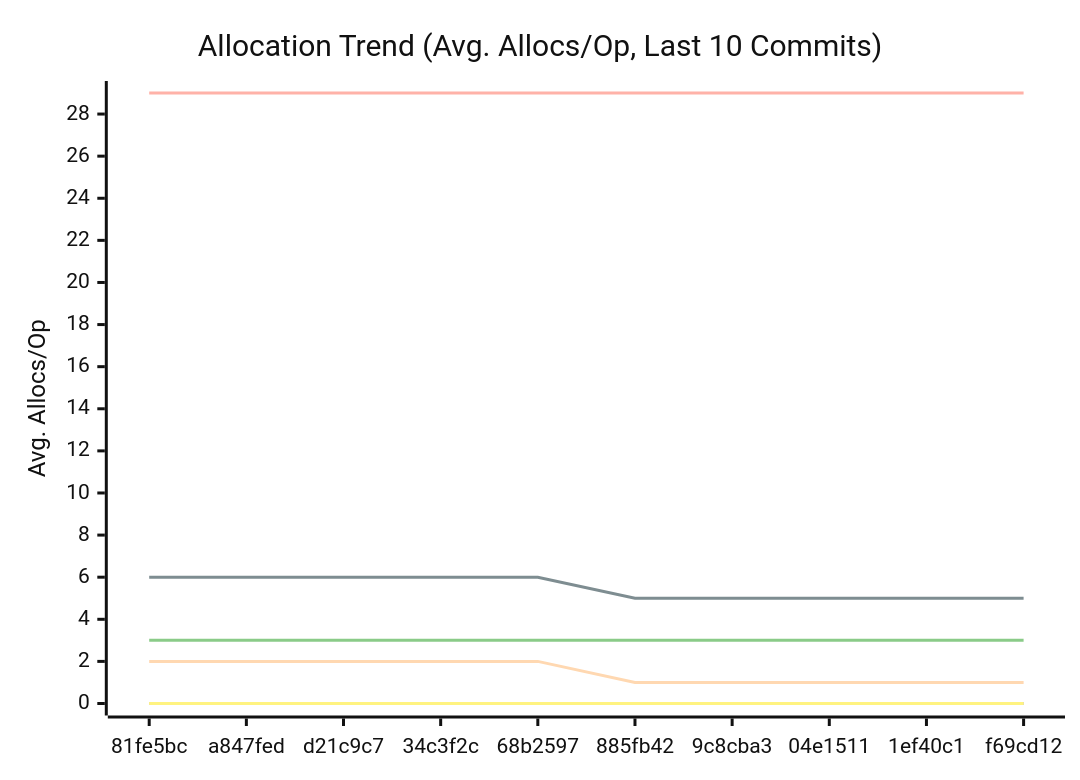
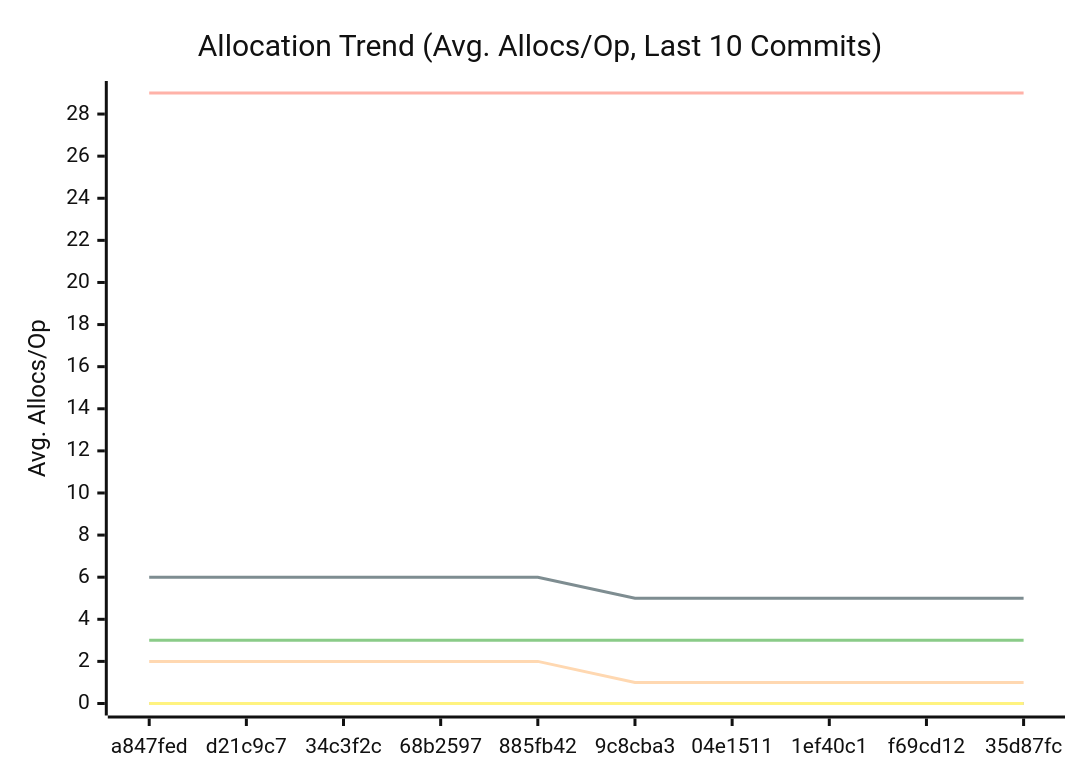
The third of 3 diagrams in docs/PERFORMANCE.md (alsotoes/momo), drawn with Mermaid (neutral theme) before and after one commit. The commit also changed other lines of this file and 7 other files, not shown here.

````diff
--- a/docs/PERFORMANCE.md
+++ b/docs/PERFORMANCE.md
@@ -114,16 +114,16 @@
 ```mermaid
 xychart-beta
     title "Allocation Trend (Avg. Allocs/Op, Last 10 Commits)"
     x-axis "Commit"
     y-axis "Avg. Allocs/Op"
-    x-axis [81fe5bc,a847fed,d21c9c7,34c3f2c,68b2597,885fb42,9c8cba3,04e1511,1ef40c1,f69cd12]
+    x-axis [a847fed,d21c9c7,34c3f2c,68b2597,885fb42,9c8cba3,04e1511,1ef40c1,f69cd12,35d87fc]
     line "CheckMetricsAndSwap" [0,0,0,0,0,0,0,0,0,0]
     line "CrushOptimized" [0,0,0,0,0,0,0,0,0,0]
     line "CrushOriginal" [3,3,3,3,3,3,3,3,3,3]
     line "IndexDirectTracking" [0,0,0,0,0,0,0,0,0,0]
     line "IndexSearch" [0,0,0,0,0,0,0,0,0,0]
     line "LoadGlobalConfig" [29,29,29,29,29,29,29,29,29,29]
     line "PadString" [0,0,0,0,0,0,0,0,0,0]
     line "ParseReplicationOrder_NoPrealloc" [6,6,6,6,6,5,5,5,5,5]
     line "ParseReplicationOrder_Prealloc" [2,2,2,2,2,1,1,1,1,1]
 ```
````
